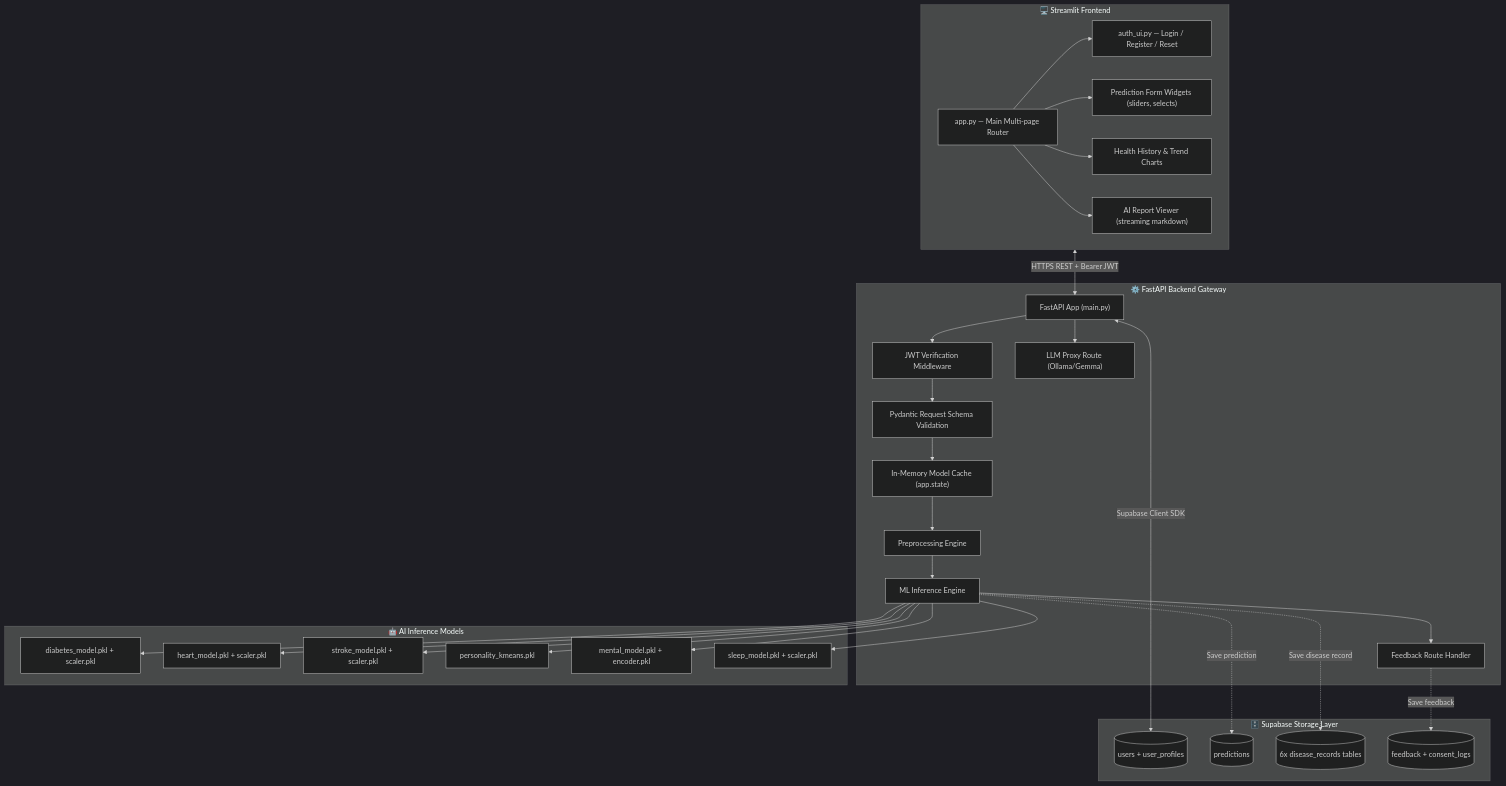
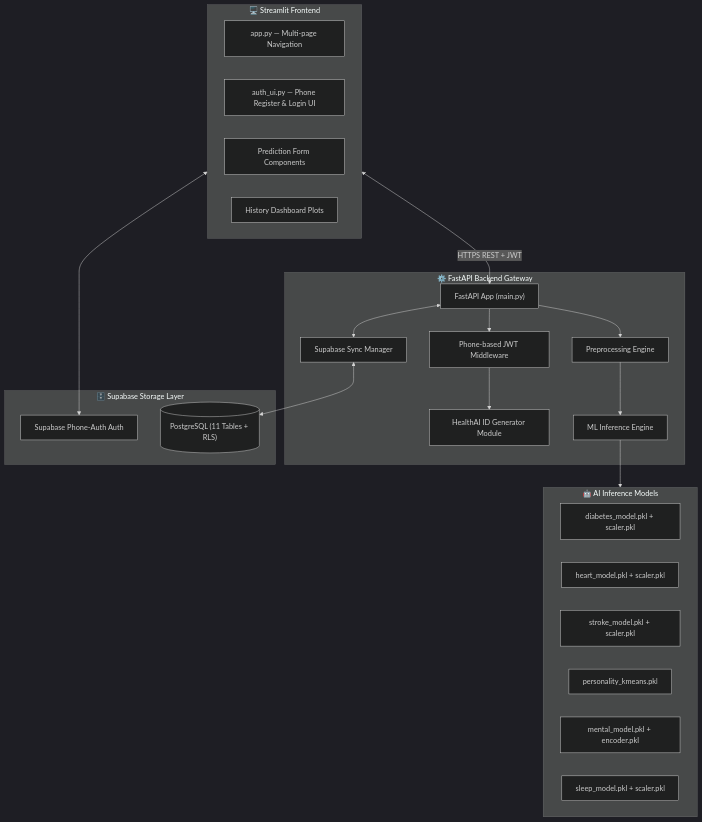
Before and after one commit to Subhadip-Paul2006/HealthCare-Model: the second of 4 diagrams in docs/TRD.md, drawn with Mermaid (dark theme). The commit also changed other lines of this file, not shown here.

````diff
--- a/docs/TRD.md
+++ b/docs/TRD.md
@@ -11,57 +58,42 @@
 ```mermaid
 flowchart TD
     subgraph FrontendBlock ["🖥️ Streamlit Frontend"]
-        AppUI["app.py — Main Multi-page Router"]
-        AuthUI["auth_ui.py — Login / Register / Reset"]
-        FormUI["Prediction Form Widgets (sliders, selects)"]
-        HistoryUI["Health History & Trend Charts"]
-        LLMUI["AI Report Viewer (streaming markdown)"]
-        AppUI --> AuthUI
-        AppUI --> FormUI
-        AppUI --> HistoryUI
-        AppUI --> LLMUI
+        AppUI["app.py — Multi-page Navigation"]
+        AuthUI["auth_ui.py — Phone Register & Login UI"]
+        FormUI["Prediction Form Components"]
+        HistoryUI["History Dashboard Plots"]
     end
 
     subgraph BackendBlock ["⚙️ FastAPI Backend Gateway"]
         CoreAPI["FastAPI App (main.py)"]
-        AuthMiddleware["JWT Verification Middleware"]
-        PydanticLayer["Pydantic Request Schema Validation"]
-        ModelCache["In-Memory Model Cache (app.state)"]
+        AuthMiddleware["Phone-based JWT Middleware"]
+        IDGenerator["HealthAI ID Generator Module"]
         PreProcEngine["Preprocessing Engine"]
         InferenceEngine["ML Inference Engine"]
-        FeedbackHandler["Feedback Route Handler"]
-        LLMProxy["LLM Proxy Route (Ollama/Gemma)"]
-        CoreAPI --> AuthMiddleware --> PydanticLayer
-        PydanticLayer --> ModelCache --> PreProcEngine --> InferenceEngine
-        InferenceEngine --> FeedbackHandler
-        CoreAPI --> LLMProxy
+        DBManager["Supabase Sync Manager"]
     end
 
     subgraph AIBlock ["🤖 AI Inference Models"]
         DiabetesM["diabetes_model.pkl + scaler.pkl"]
         HeartM["heart_model.pkl + scaler.pkl"]
         StrokeM["stroke_model.pkl + scaler.pkl"]
         PersonalM["personality_kmeans.pkl"]
         MentalM["mental_model.pkl + encoder.pkl"]
         SleepM["sleep_model.pkl + scaler.pkl"]
     end
 
     subgraph SupabaseBlock ["🗄️ Supabase Storage Layer"]
-        AuthTbl[("users + user_profiles")]
-        PredictTbl[("predictions")]
-        RecordsTbl[("6x disease_records tables")]
-        FeedbackTbl[("feedback + consent_logs")]
+        SupaAuth["Supabase Phone-Auth Auth"]
+        SupaDB[("PostgreSQL (11 Tables + RLS)")]
     end
 
-    FrontendBlock <-->|"HTTPS REST + Bearer JWT"| CoreAPI
-    InferenceEngine --> DiabetesM
-    InferenceEngine --> HeartM
-    InferenceEngine --> StrokeM
-    InferenceEngine --> PersonalM
-    InferenceEngine --> MentalM
-    InferenceEngine --> SleepM
-    CoreAPI <-->|"Supabase Client SDK"| AuthTbl
-    InferenceEngine -.->|"Save prediction"| PredictTbl
-    InferenceEngine -.->|"Save disease record"| RecordsTbl
-    FeedbackHandler -.->|"Save feedback"| FeedbackTbl
+    FrontendBlock <-->|"HTTPS REST + JWT"| CoreAPI
+    CoreAPI --> AuthMiddleware
+    AuthMiddleware --> IDGenerator
+    CoreAPI --> PreProcEngine
+    PreProcEngine --> InferenceEngine
+    InferenceEngine --> AIBlock
+    CoreAPI <--> DBManager
+    DBManager <--> SupaDB
+    FrontendBlock <--> SupaAuth
 ```
````
